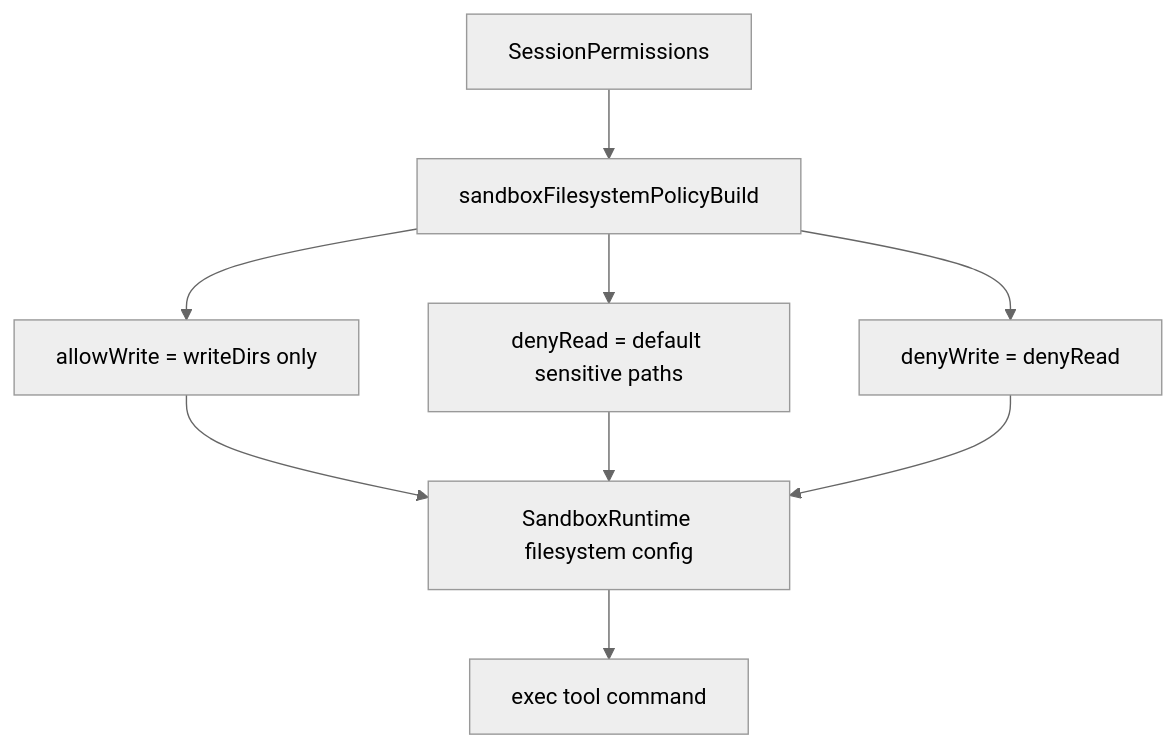
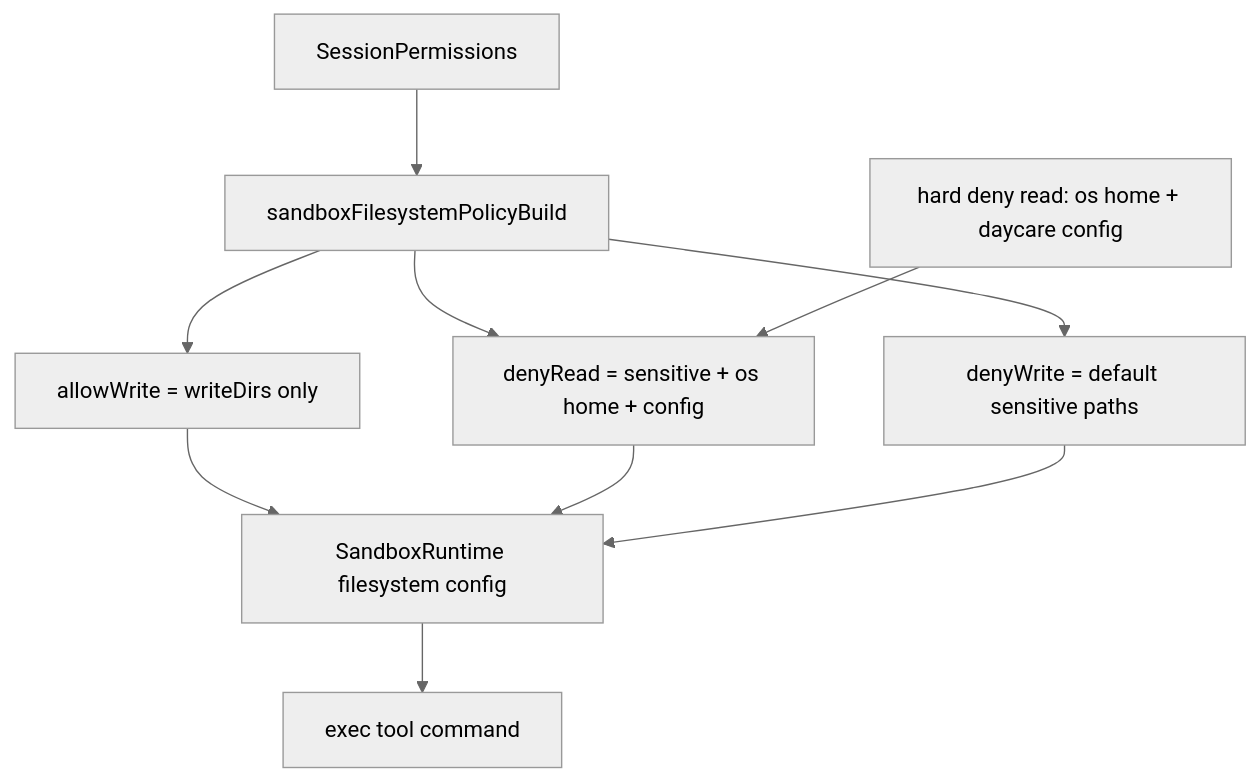
One commit to ex3ndr/daycare changed the diagram in doc/internals/exec-filesystem-denylist.md. Above: the diagram before and after it, drawn with Mermaid (neutral theme). The commit also changed other lines of this file and 8 other files, not shown here.

Commit message:
fix(sandbox): deny reads for os home and daycare config

````diff
--- a/doc/internals/exec-filesystem-denylist.md
+++ b/doc/internals/exec-filesystem-denylist.md
@@ -16,11 +22,12 @@
 ```mermaid
 flowchart TD
   A[SessionPermissions] --> B[sandboxFilesystemPolicyBuild]
   B --> C[allowWrite = writeDirs only]
-  B --> D[denyRead = default sensitive paths]
-  B --> E[denyWrite = denyRead]
+  B --> D[denyRead = sensitive + os home + config]
+  B --> E[denyWrite = default sensitive paths]
   C --> F[SandboxRuntime filesystem config]
   D --> F
   E --> F
   F --> G[exec tool command]
+  H["hard deny read: os home + daycare config"] --> D
 ```
````
